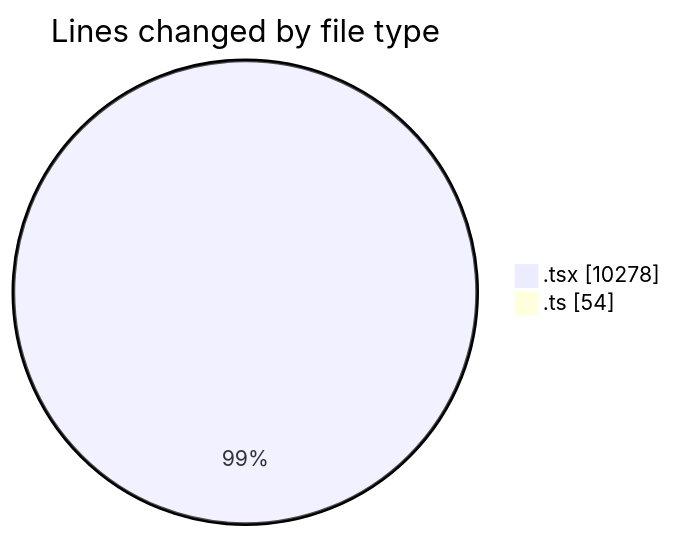
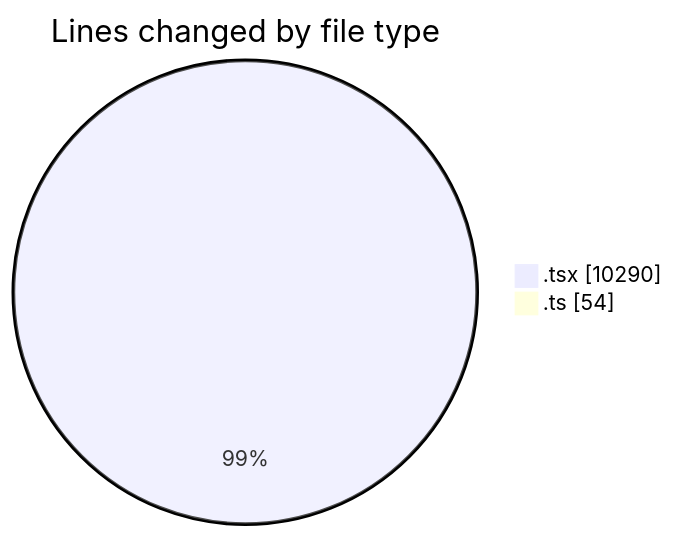
The first of 2 diagrams in 2026-03-05/nxtqube_webapp/README.md (nxtqubesakshisongat/code-tracking), drawn with Mermaid before and after one commit. The commit also changed other lines of this file and 1 other file, not shown here.

````diff
--- a/2026-03-05/nxtqube_webapp/README.md
+++ b/2026-03-05/nxtqube_webapp/README.md
@@ -34,6 +34,6 @@
 ```mermaid
 pie showData
 title Lines changed by file type
-".tsx" : 10278
+".tsx" : 10290
 ".ts" : 54
 ```
````
